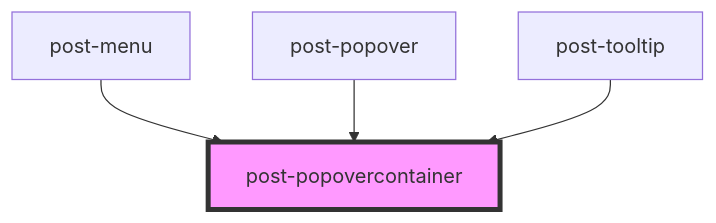
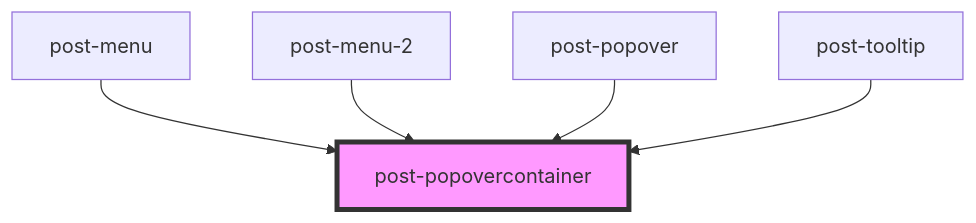
One commit to swisspost/design-system changed the diagram in packages/components/src/components/post-popovercontainer/readme.md. Above: the diagram before and after it, drawn with Mermaid. The commit also changed other lines of this file and 8 other files, not shown here.

````diff
--- a/packages/components/src/components/post-popovercontainer/readme.md
+++ b/packages/components/src/components/post-popovercontainer/readme.md
@@ -87,7 +88,8 @@
 ```mermaid
 graph TD;
   post-menu --> post-popovercontainer
+  post-menu-2 --> post-popovercontainer
   post-popover --> post-popovercontainer
   post-tooltip --> post-popovercontainer
   style post-popovercontainer fill:#f9f,stroke:#333,stroke-width:4px
 ```
````
